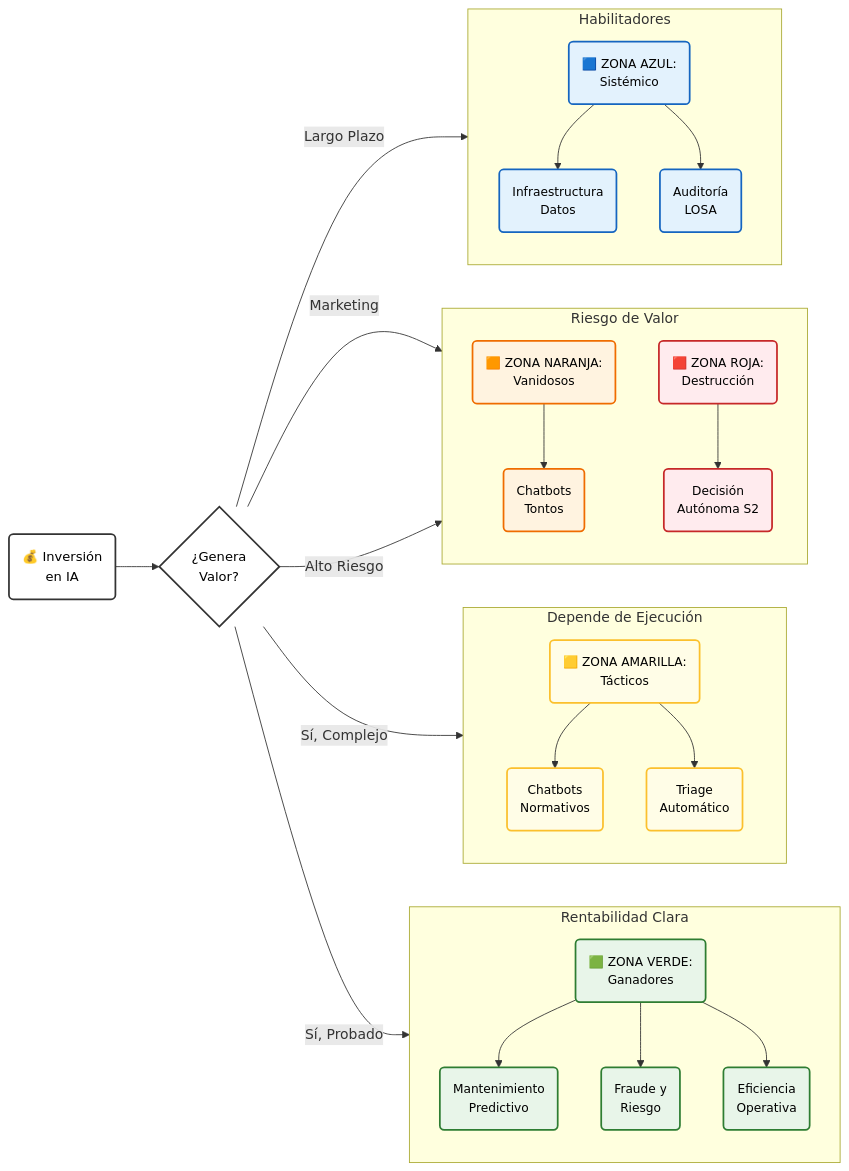
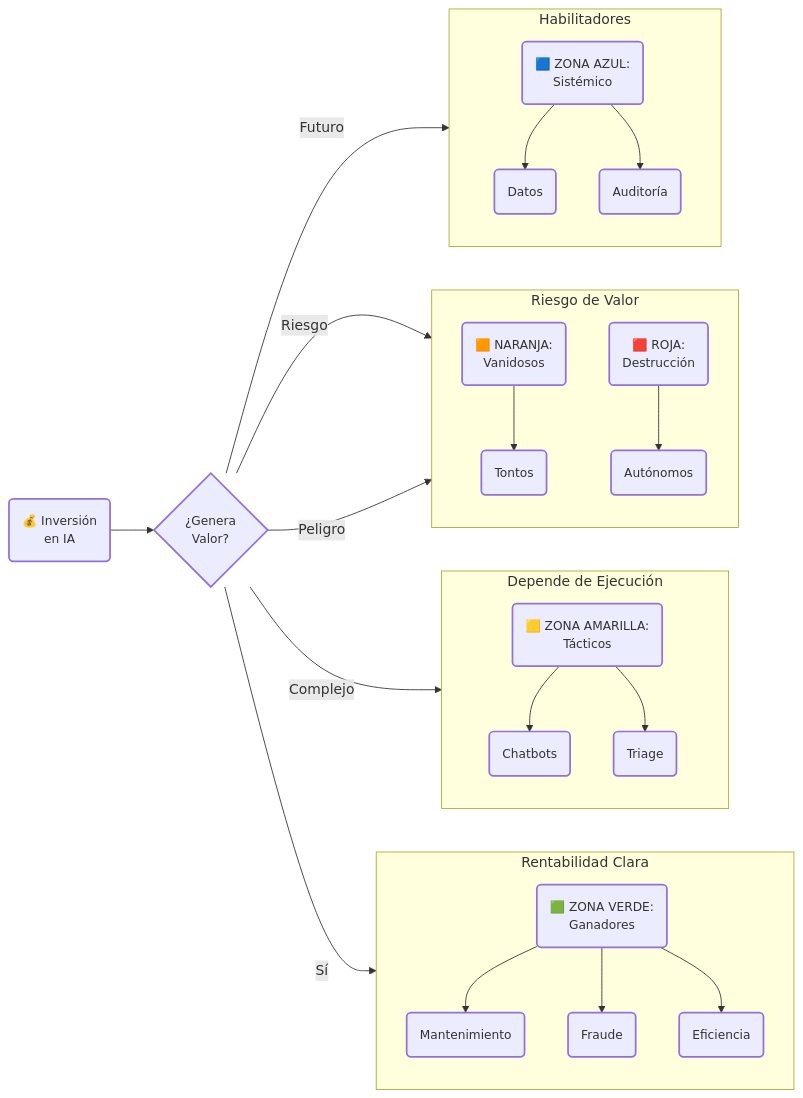
One commit to jccarvajal/Arquitectura-IA changed the diagram in docs/guias/12-ROI-Financiero.md. Above: the diagram before and after it, drawn with Mermaid.

````diff
--- a/docs/guias/12-ROI-Financiero.md
+++ b/docs/guias/12-ROI-Financiero.md
@@ -15,53 +15,37 @@
 ```mermaid
 graph LR
-    %% ESTILOS (Alto Contraste + Fuente 14px/15px)
-    classDef base fill:#ffffff,stroke:#333,stroke-width:2px,color:#000,font-size:15px;
-    classDef green fill:#e8f5e9,stroke:#2e7d32,stroke-width:2px,color:#000,font-size:14px;
-    classDef yellow fill:#fffde7,stroke:#fbc02d,stroke-width:2px,color:#000,font-size:14px;
-    classDef orange fill:#fff3e0,stroke:#ef6c00,stroke-width:2px,color:#000,font-size:14px;
-    classDef red fill:#ffebee,stroke:#c62828,stroke-width:2px,color:#000,font-size:14px;
-    classDef blue fill:#e3f2fd,stroke:#1565c0,stroke-width:2px,color:#000,font-size:14px;
+    %% CONFIGURACIÓN MAESTRA
+    classDef default font-size:14px,stroke-width:2px;
 
-    %% INICIO
     Invest(💰 Inversión<br/>en IA) --> Evaluacion{¿Genera<br/>Valor?}
-    class Invest,Evaluacion base;
 
-    %% ZONA VERDE
-    Evaluacion -->|Sí, Probado| Green(🟩 ZONA VERDE:<br/>Ganadores)
+    Evaluacion -->|Sí| Green(🟩 ZONA VERDE:<br/>Ganadores)
     subgraph Z_Green [Rentabilidad Clara]
         direction TB
-        Green --> G1(Mantenimiento<br/>Predictivo)
-        Green --> G2(Fraude y<br/>Riesgo)
-        Green --> G3(Eficiencia<br/>Operativa)
+        Green --> G1(Mantenimiento)
+        Green --> G2(Fraude)
+        Green --> G3(Eficiencia)
     end
-    class Green,G1,G2,G3 green;
 
-    %% ZONA AMARILLA
-    Evaluacion -->|Sí, Complejo| Yellow(🟨 ZONA AMARILLA:<br/>Tácticos)
+    Evaluacion -->|Complejo| Yellow(🟨 ZONA AMARILLA:<br/>Tácticos)
     subgraph Z_Yellow [Depende de Ejecución]
         direction TB
-        Yellow --> Y1(Chatbots<br/>Normativos)
-        Yellow --> Y2(Triage<br/>Automático)
+        Yellow --> Y1(Chatbots)
+        Yellow --> Y2(Triage)
     end
-    class Yellow,Y1,Y2 yellow;
 
-    %% RIESGOS
-    Evaluacion -->|Marketing| Orange(🟧 ZONA NARANJA:<br/>Vanidosos)
-    Evaluacion -->|Alto Riesgo| Red(🟥 ZONA ROJA:<br/>Destrucción)
+    Evaluacion -->|Riesgo| Orange(🟧 NARANJA:<br/>Vanidosos)
+    Evaluacion -->|Peligro| Red(🟥 ROJA:<br/>Destrucción)
     subgraph Z_Risk [Riesgo de Valor]
         direction TB
-        Orange --> O1(Chatbots<br/>Tontos)
-        Red --> R1(Decisión<br/>Autónoma S2)
+        Orange --> O1(Tontos)
+        Red --> R1(Autónomos)
     end
-    class Orange,O1 orange;
-    class Red,R1 red;
 
-    %% AZUL
-    Evaluacion -->|Largo Plazo| Blue(🟦 ZONA AZUL:<br/>Sistémico)
+    Evaluacion -->|Futuro| Blue(🟦 ZONA AZUL:<br/>Sistémico)
     subgraph Z_Blue [Habilitadores]
         direction TB
-        Blue --> B1(Infraestructura<br/>Datos)
-        Blue --> B2(Auditoría<br/>LOSA)
+        Blue --> B1(Datos)
+        Blue --> B2(Auditoría)
     end
-    class Blue,B1,B2 blue;
 ```
````
